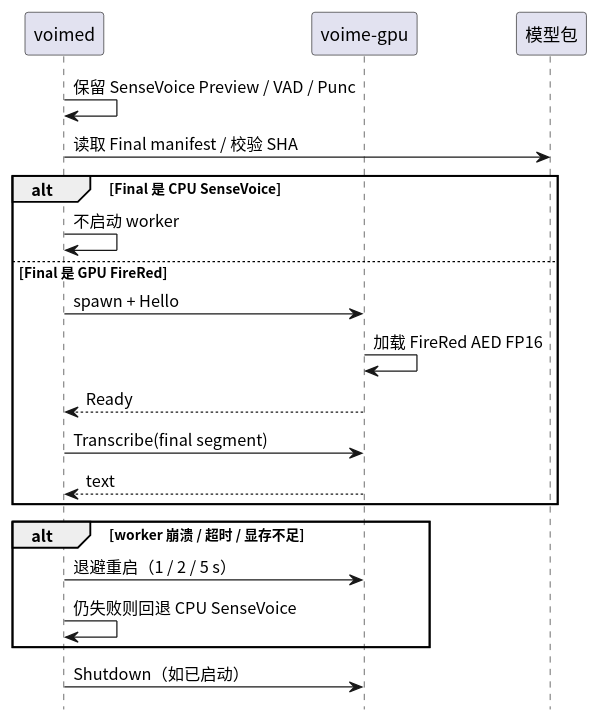
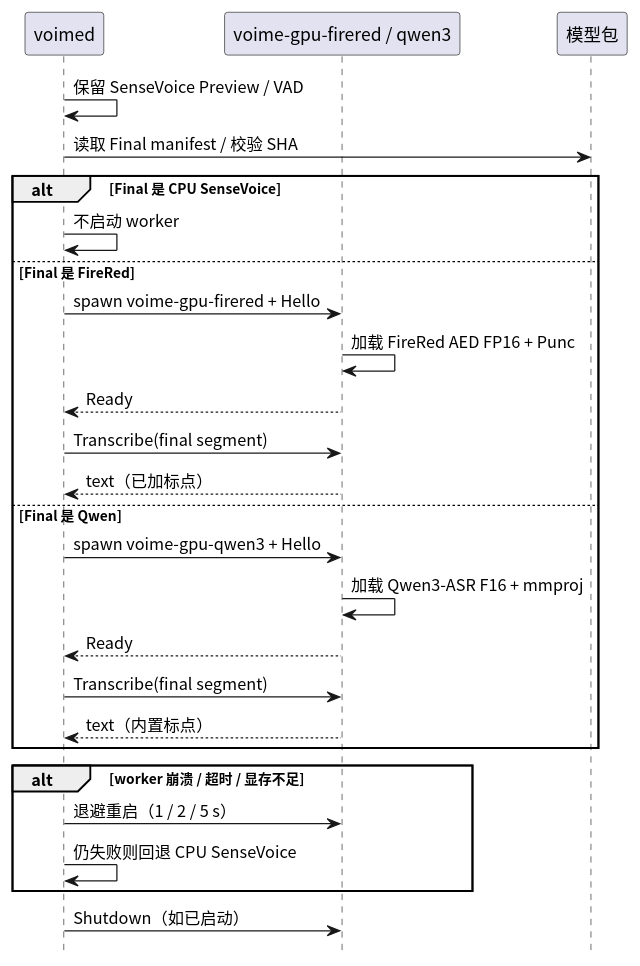
The diagram in crates/voime-gpu/diagram/lifecycle.puml (54m43lJ/voime), drawn with PlantUML before and after one commit. The commit also changed 63 other files, not shown here.

```diff
--- a/crates/voime-gpu/diagram/lifecycle.puml
+++ b/crates/voime-gpu/diagram/lifecycle.puml
@@ -1,26 +1,32 @@
 @startuml
 skinparam defaultFontName "Noto Sans CJK SC"
 skinparam shadowing false
 hide footbox
 
 participant "voimed" as Daemon
-participant "voime-gpu" as Worker
+participant "voime-gpu-firered / qwen3" as Worker
 participant "模型包" as Package
 
-Daemon -> Daemon : 保留 SenseVoice Preview / VAD / Punc
+Daemon -> Daemon : 保留 SenseVoice Preview / VAD
 Daemon -> Package : 读取 Final manifest / 校验 SHA
 alt Final 是 CPU SenseVoice
   Daemon -> Daemon : 不启动 worker
-else Final 是 GPU FireRed
-  Daemon -> Worker : spawn + Hello
-  Worker -> Worker : 加载 FireRed AED FP16
+else Final 是 FireRed
+  Daemon -> Worker : spawn voime-gpu-firered + Hello
+  Worker -> Worker : 加载 FireRed AED FP16 + Punc
   Worker --> Daemon : Ready
   Daemon -> Worker : Transcribe(final segment)
-  Worker --> Daemon : text
+  Worker --> Daemon : text（已加标点）
+else Final 是 Qwen
+  Daemon -> Worker : spawn voime-gpu-qwen3 + Hello
+  Worker -> Worker : 加载 Qwen3-ASR F16 + mmproj
+  Worker --> Daemon : Ready
+  Daemon -> Worker : Transcribe(final segment)
+  Worker --> Daemon : text（内置标点）
 end
 alt worker 崩溃 / 超时 / 显存不足
   Daemon -> Worker : 退避重启（1 / 2 / 5 s）
   Daemon -> Daemon : 仍失败则回退 CPU SenseVoice
 end
 Daemon -> Worker : Shutdown（如已启动）
 @enduml
```
